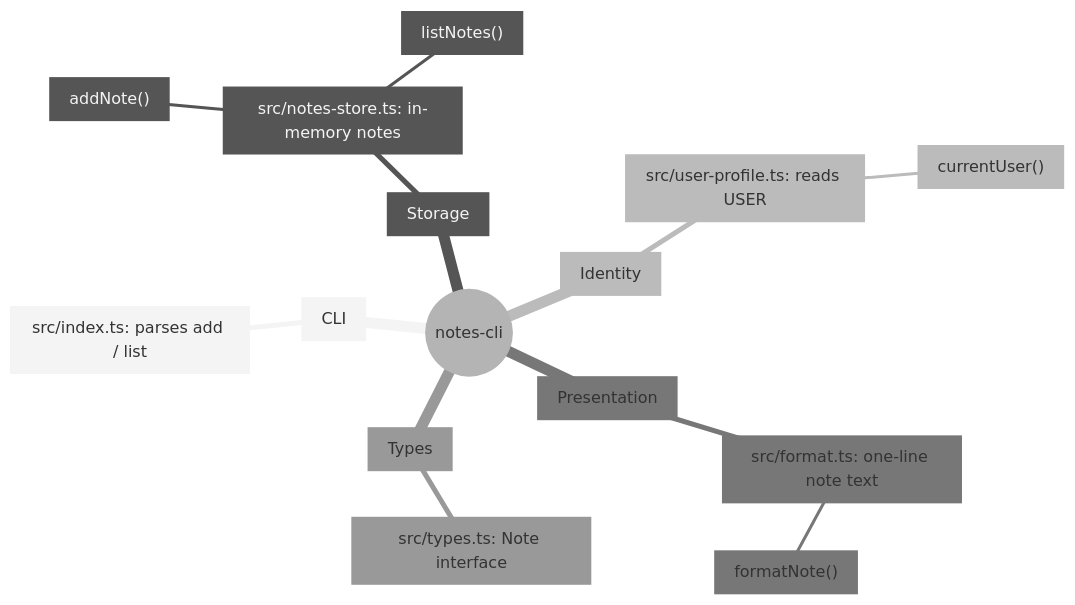
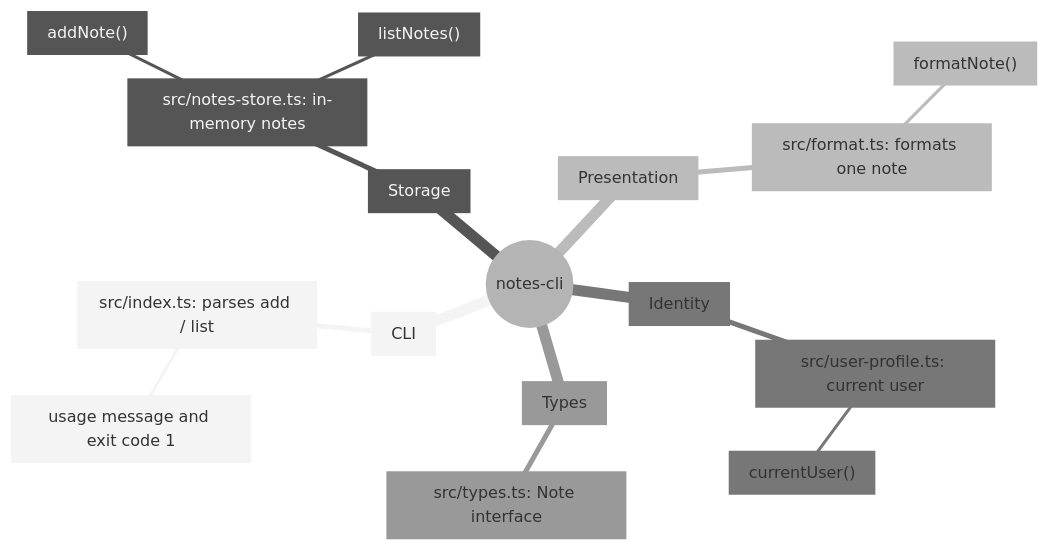
Before and after one commit to hxxnn/codemap: the diagram in examples/ts-notes-cli/docs/codemap/mindmap.md, drawn with Mermaid (neutral theme). The commit also changed other lines of this file and 35 other files, not shown here.

````diff
--- a/examples/ts-notes-cli/docs/codemap/mindmap.md
+++ b/examples/ts-notes-cli/docs/codemap/mindmap.md
@@ -16,18 +14,19 @@
 ```mermaid
 mindmap
   root((notes-cli))
     a1["CLI"]
       a2["src/index.ts: parses add / list"]
-    a3["Storage"]
-      a4["src/notes-store.ts: in-memory notes"]
-        a5["addNote()"]
-        a6["listNotes()"]
-    a7["Identity"]
-      a8["src/user-profile.ts: reads USER"]
-        a9["currentUser()"]
-    a10["Presentation"]
-      a11["src/format.ts: one-line note text"]
-        a12["formatNote()"]
-    a13["Types"]
-      a14["src/types.ts: Note interface"]
+        a3["usage message and exit code 1"]
+    a4["Storage"]
+      a5["src/notes-store.ts: in-memory notes"]
+        a6["addNote()"]
+        a7["listNotes()"]
+    a8["Presentation"]
+      a9["src/format.ts: formats one note"]
+        a10["formatNote()"]
+    a11["Identity"]
+      a12["src/user-profile.ts: current user"]
+        a13["currentUser()"]
+    a14["Types"]
+      a15["src/types.ts: Note interface"]
 ```
````
